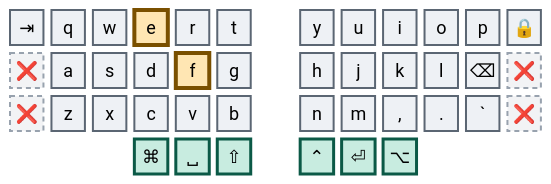
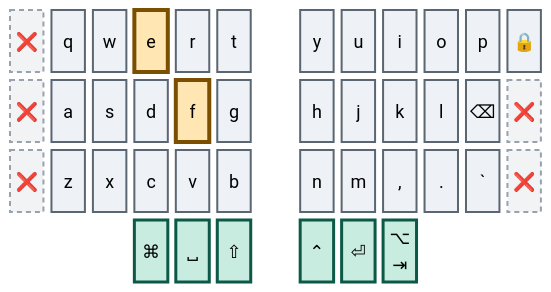
Before and after one commit to abloch/zmk-corne: the fourth of 41 diagrams in combos.md, drawn with Mermaid. The commit also changed other lines of this file and 5 other files, not shown here.

````diff
--- a/combos.md
+++ b/combos.md
@@ -103,21 +103,21 @@
 ```mermaid
 %%{init: {'theme':'base','themeVariables':{'primaryColor':'#eef1f5','primaryTextColor':'#0b0f14','primaryBorderColor':'#5b6673','nodeTextColor':'#0b0f14','textColor':'#0b0f14','mainBkg':'#eef1f5','fontSize':'18px'}}}%%
 block
 columns 13
 
-  tab["⇥"] q w e r t space y u i o p lock["🔒"]
+  tab["❌"] q w e r t space y u i o p lock["🔒"]
   x4["❌"] a s d f g space h j k l bspc["⌫"] x1["❌"]
   x2["❌"] z x c v b space n m cma[","] dot["."] grv[" `"] x3["❌"]
-  space:3 cmd["⌘"] spc["␣"] sft["⇧"] space ctl["⌃"] ent["⏎"] alt["⌥"] space:3
+  space:3 cmd["⌘"] spc["␣"] sft["⇧"] space ctl["⌃"] ent["⏎"] alt["⌥<br/>⇥"] space:3
 
   classDef anchor fill:#bfe6f0,stroke:#0a4f63,stroke-width:4px,color:#04222b
   classDef trig fill:#ffe6b3,stroke:#7a5000,stroke-width:4px,color:#2e1e00
   classDef core fill:#eef1f5,stroke:#5b6673,stroke-width:2px,color:#0b0f14
   classDef thumb fill:#c8ece0,stroke:#0b5946,stroke-width:3px,color:#06241c
   classDef dead fill:#f2f3f5,stroke:#98a2ae,stroke-width:2px,stroke-dasharray:5 4,color:#5b6673
 
   class e,f trig
-  class tab,q,w,r,t,y,u,i,o,p,lock,a,s,d,g,h,j,k,l,bspc,z,x,c,v,b,n,m,cma,dot,grv core
+  class q,w,r,t,y,u,i,o,p,lock,a,s,d,g,h,j,k,l,bspc,z,x,c,v,b,n,m,cma,dot,grv core
   class cmd,spc,sft,ctl,ent,alt thumb
-  class x1,x2,x3,x4 dead
+  class tab,x1,x2,x3,x4 dead
 ```
````
